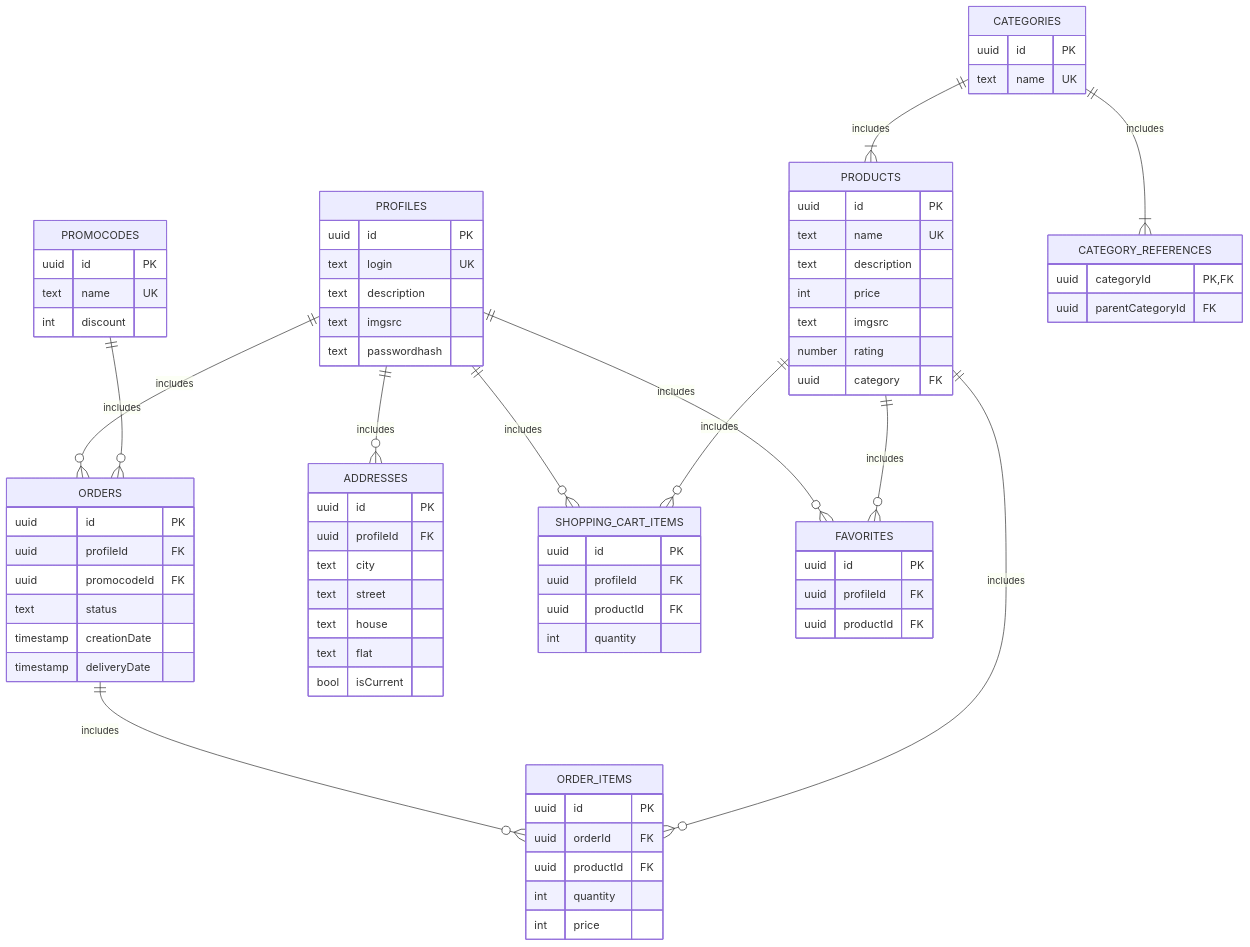
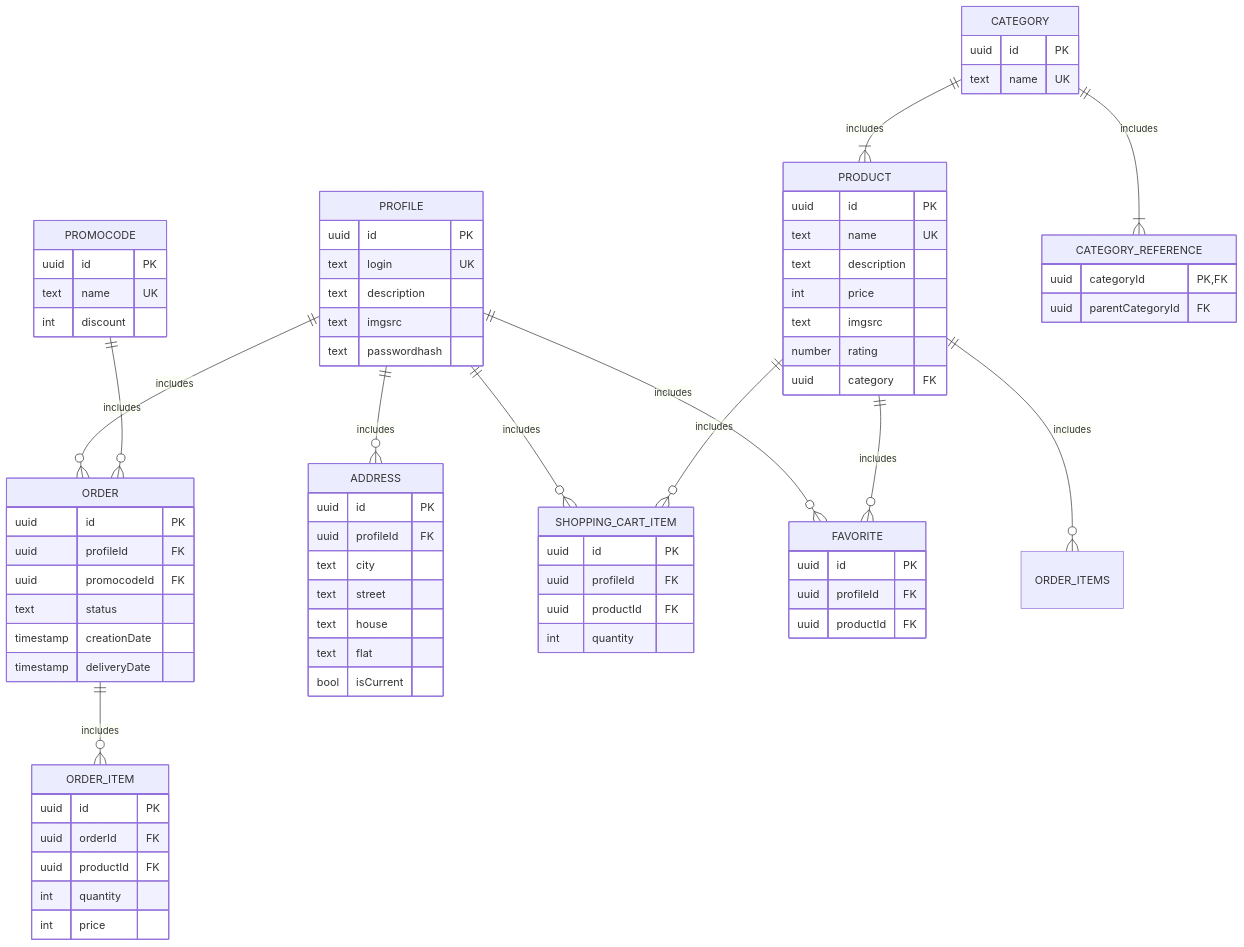
One commit to go-park-mail-ru/2023_2_potatiki changed the diagram in db/normalized/relations.md. Above: the diagram before and after it, drawn with Mermaid. The commit also changed other lines of this file, not shown here.

````diff
--- a/db/normalized/relations.md
+++ b/db/normalized/relations.md
@@ -85,21 +85,21 @@
 ```mermaid
 erDiagram
-    PROFILES ||--o{ ORDERS : includes
-    PROFILES ||--o{ ADDRESSES : includes
-    PROFILES ||--o{ SHOPPING_CART_ITEMS : includes
-    PROFILES ||--o{ FAVORITES : includes
+    PROFILE ||--o{ ORDER : includes
+    PROFILE ||--o{ ADDRESS : includes
+    PROFILE ||--o{ SHOPPING_CART_ITEM : includes
+    PROFILE ||--o{ FAVORITE : includes
     
-    PROMOCODES ||--o{ ORDERS : includes
-    ORDERS ||--o{ ORDER_ITEMS : includes
+    PROMOCODE ||--o{ ORDER : includes
+    ORDER ||--o{ ORDER_ITEM : includes
 
-    PRODUCTS ||--o{ ORDER_ITEMS : includes
-    PRODUCTS ||--o{ SHOPPING_CART_ITEMS : includes
-    CATEGORIES ||--|{ PRODUCTS : includes
-    PRODUCTS ||--o{ FAVORITES : includes
+    PRODUCT ||--o{ ORDER_ITEMS: includes
+    PRODUCT ||--o{ SHOPPING_CART_ITEM : includes
+    CATEGORY ||--|{ PRODUCT : includes
+    PRODUCT ||--o{ FAVORITE : includes
 
-    CATEGORIES ||--|{ CATEGORY_REFERENCES : includes
+    CATEGORY ||--|{ CATEGORY_REFERENCE : includes
 
-    PROFILES {
+    PROFILE {
         uuid id PK
         text login UK
         text description
@@ -107,7 +107,7 @@
         text passwordhash
     }
     
-    PRODUCTS {
+    PRODUCT {
         uuid id PK
         text name UK
         text description
@@ -117,13 +117,13 @@
         uuid category FK
     }
 
-    FAVORITES {
+    FAVORITE {
         uuid id PK
         uuid profileId FK
         uuid productId FK
     }
 
-    ORDERS {
+    ORDER {
         uuid id PK
         uuid profileId FK
         uuid promocodeId FK
@@ -132,7 +132,7 @@
         timestamp deliveryDate
     }
 
-    ORDER_ITEMS {
+    ORDER_ITEM {
         uuid id PK
         uuid orderId FK
         uuid productId FK
@@ -140,7 +140,7 @@
         int price
     }
 
-    ADDRESSES {
+    ADDRESS {
         uuid id PK
         uuid profileId FK
         text city
@@ -150,24 +150,24 @@
         bool isCurrent
     }
 
-    CATEGORIES {
+    CATEGORY {
         uuid id PK
         text name UK
     }
 
-    CATEGORY_REFERENCES {
+    CATEGORY_REFERENCE {
         uuid categoryId PK, FK
         uuid parentCategoryId FK
     }
 
-    SHOPPING_CART_ITEMS {
+    SHOPPING_CART_ITEM {
         uuid id PK
         uuid profileId FK
         uuid productId FK
         int quantity
     }
 
-    PROMOCODES {
+    PROMOCODE {
         uuid id PK
         text name UK
         int discount
````
